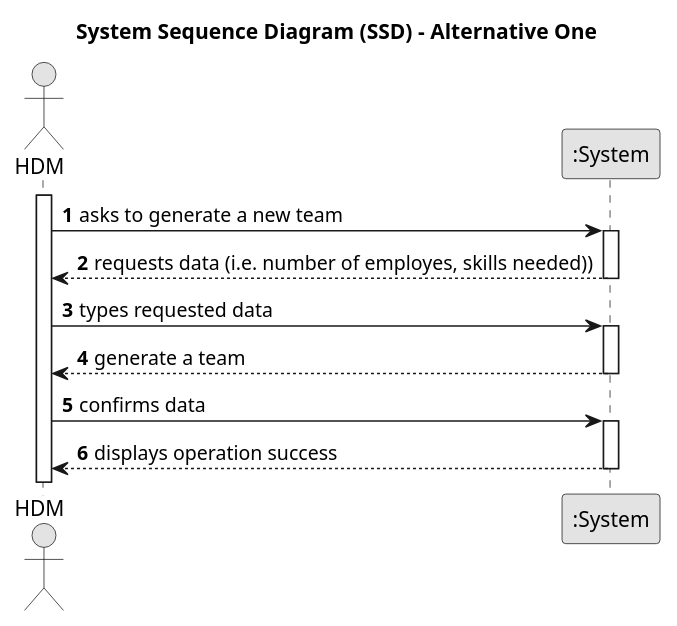
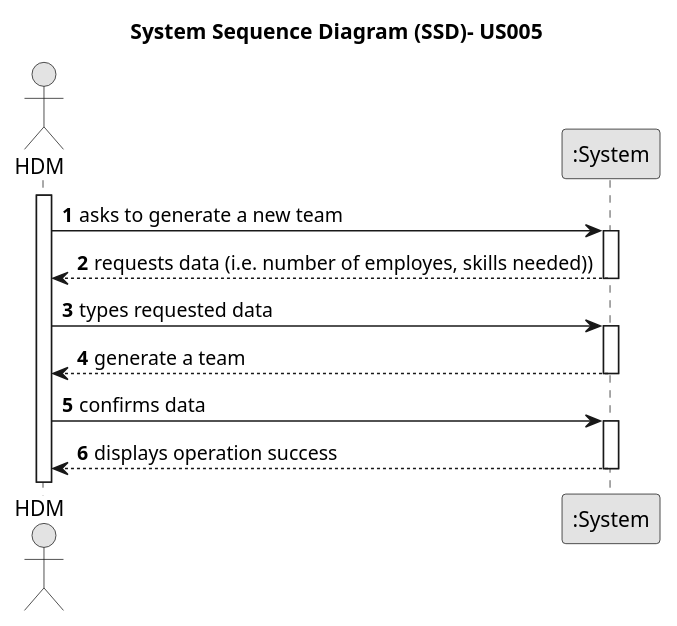
The diagram in docs/sprintA/us005/01.requirements-engineering/puml/us006-system-sequence-diagram-alternative-one.puml (Departamento-de-Engenharia-Informatica/greenspace-management), drawn with PlantUML before and after one commit. The commit also changed 4 other files, not shown here.

```diff
--- a/docs/sprintA/us005/01.requirements-engineering/puml/us006-system-sequence-diagram-alternative-one.puml
+++ b/docs/sprintA/us005/01.requirements-engineering/puml/us006-system-sequence-diagram-alternative-one.puml
@@ -1,35 +1,35 @@
 @startuml
 skinparam monochrome true
 skinparam packageStyle rectangle
 skinparam shadowing false
 
-title System Sequence Diagram (SSD) - Alternative One
+title System Sequence Diagram (SSD)- US005
 
 autonumber
 
 actor "HDM" as Employee
 participant ":System" as System
 
 activate Employee
 
     Employee -> System : asks to generate a new team
     activate System
 
         System --> Employee : requests data (i.e. number of employes, skills needed))
     deactivate System
 
     Employee -> System : types requested data
     activate System
 
         System --> Employee : generate a team
     deactivate System
 
     Employee -> System : confirms data
     activate System
 
 
 
         System --> Employee : displays operation success
     deactivate System
 
 @enduml
```
